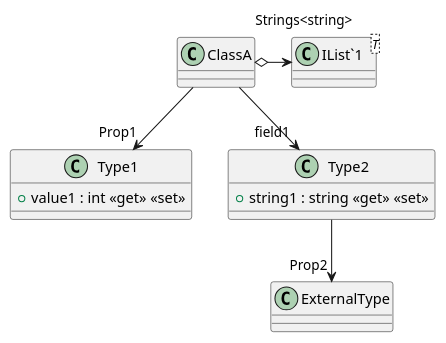
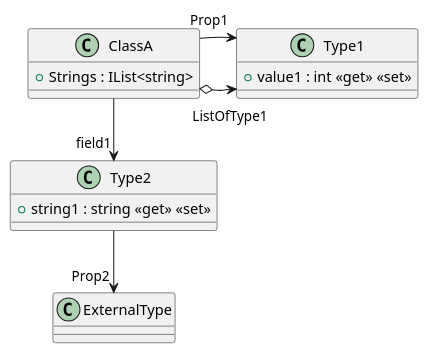
Before and after one commit to pierre3/PlantUmlClassDiagramGenerator: the diagram in uml/Associations.puml, drawn with PlantUML. The commit also changed 4 other files, not shown here.

```diff
--- a/uml/Associations.puml
+++ b/uml/Associations.puml
@@ -1,16 +1,15 @@
-@startuml
+@startuml associations
 class ClassA {
+    + Strings : IList<string>
 }
 class Type1 {
     + value1 : int <<get>> <<set>>
 }
 class Type2 {
     + string1 : string <<get>> <<set>>
 }
-class "IList`1"<T> {
-}
-ClassA o-> "Strings<string>" "IList`1"
+ClassA o-> "ListOfType1" Type1
 ClassA --> "Prop1" Type1
 ClassA --> "field1" Type2
 Type2 --> "Prop2" ExternalType
 @enduml
```
